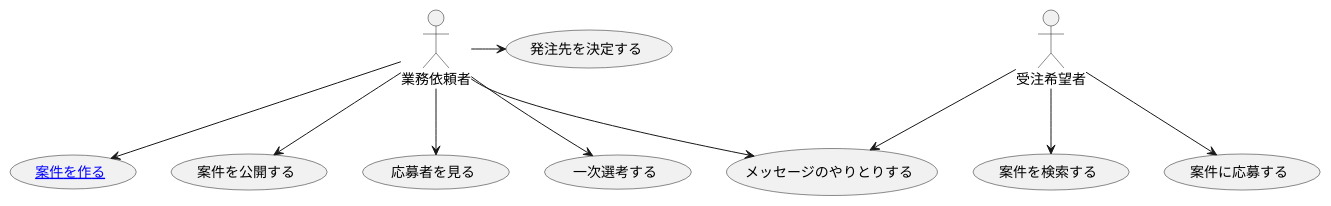
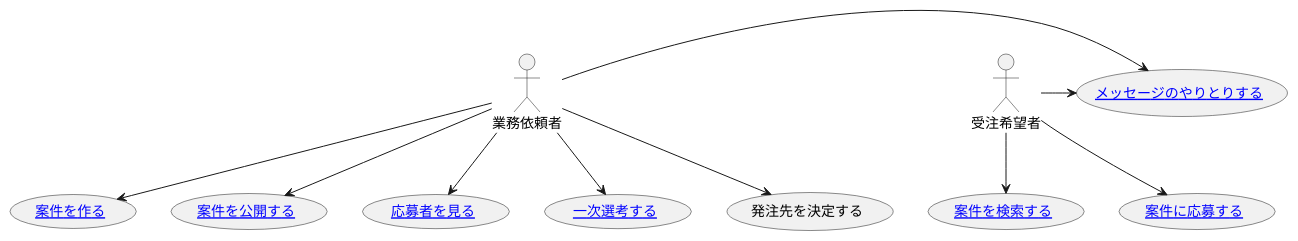
One commit to kawasima/usecase-boilerplate changed the diagram in examples/crowd_sourcing/usecase_diagram.puml. Above: the diagram before and after it, drawn with PlantUML. The commit also changed 4 other files, not shown here.

```diff
--- a/examples/crowd_sourcing/usecase_diagram.puml
+++ b/examples/crowd_sourcing/usecase_diagram.puml
@@ -1,16 +1,16 @@
 @startuml
 'https://plantuml.com/use-case-diagram
 
 :業務依頼者: as Requester
 :受注希望者: as CrowdWorker
 
 Requester --> ([[./create_project.md 案件を作る]])
-Requester --> (案件を公開する)
-CrowdWorker --> (案件を検索する)
-CrowdWorker --> (案件に応募する)
-Requester --> (応募者を見る)
-Requester --> (一次選考する)
-Requester --> (メッセージのやりとりする)
-CrowdWorker --> (メッセージのやりとりする)
-Requester -> (発注先を決定する)
+Requester --> ([[./publish_project.md 案件を公開する]])
+CrowdWorker --> ([[./search_project.md 案件を検索する]])
+CrowdWorker --> ([[./apply_project.md 案件に応募する]])
+Requester --> ([[./search_crowdworker.md 応募者を見る]])
+Requester --> ([[./select_crowdworker_1st_round.md 一次選考する]])
+Requester -> ([[./communicate_via_messages.md メッセージのやりとりする]])
+CrowdWorker -> ([[./communicate_via_messages.md メッセージのやりとりする]])
+Requester --> (発注先を決定する)
 @enduml
```
